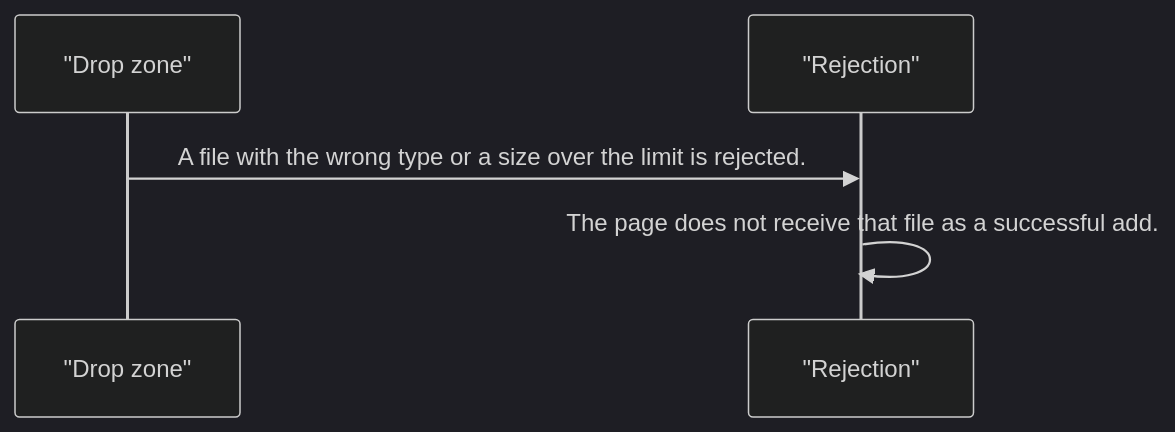
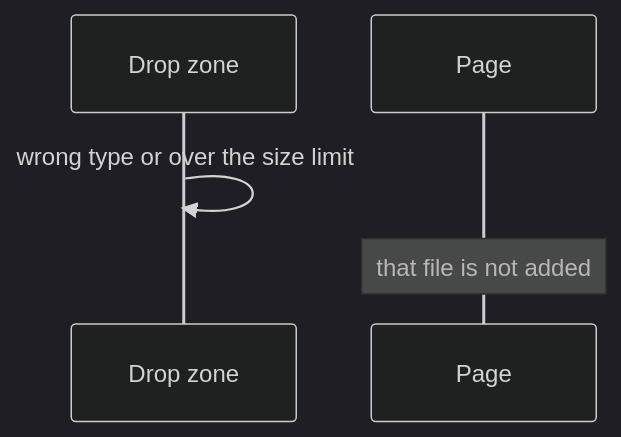
Before and after one commit to RajshekharBorate/pixel-ui: the third of 3 diagrams in projects/pixel-ui/src/lib/pixel-file-upload/DESIGN.md, drawn with Mermaid (dark theme). The commit also changed other lines of this file and 73 other files, not shown here.

Commit message:
Explain who owns each value and what each flow does in every component and service design.

````diff
--- a/projects/pixel-ui/src/lib/pixel-file-upload/DESIGN.md
+++ b/projects/pixel-ui/src/lib/pixel-file-upload/DESIGN.md
@@ -62,7 +81,7 @@
 ```mermaid
 sequenceDiagram
-  participant zone as "Drop zone"
-  participant error as "Rejection"
-  zone->>error: A file with the wrong type or a size over the limit is rejected.
-  error->>error: The page does not receive that file as a successful add.
+  participant Zone as Drop zone
+  participant Page
+  Zone->>Zone: wrong type or over the size limit
+  Note over Page: that file is not added
 ```
````
